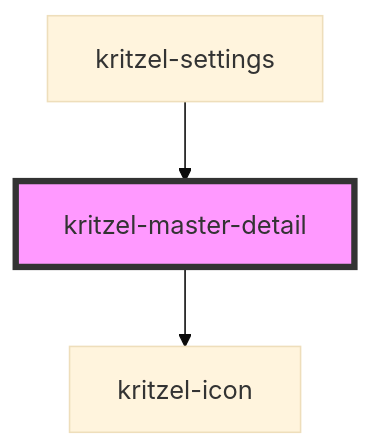
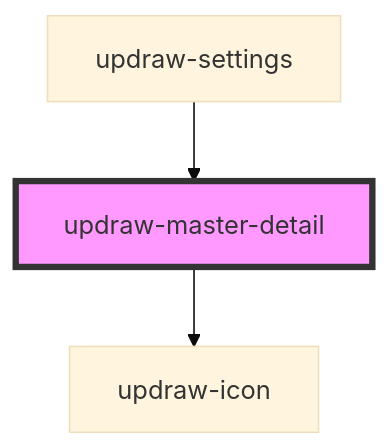
Before and after one commit to kasual1/kritzel: the diagram in libs/editor/core/src/components/updraw-master-detail/readme.md, drawn with Mermaid (base theme). The commit also changed other lines of this file and 1129 other files, not shown here.

First line of the commit message:
Replace kritzel with updraw across the codebase

````diff
--- a/libs/editor/core/src/components/updraw-master-detail/readme.md
+++ b/libs/editor/core/src/components/updraw-master-detail/readme.md
@@ -41,6 +41,6 @@
 ```mermaid
 graph TD;
-  kritzel-master-detail --> kritzel-icon
-  kritzel-settings --> kritzel-master-detail
-  style kritzel-master-detail fill:#f9f,stroke:#333,stroke-width:4px
+  updraw-master-detail --> updraw-icon
+  updraw-settings --> updraw-master-detail
+  style updraw-master-detail fill:#f9f,stroke:#333,stroke-width:4px
 ```
````
